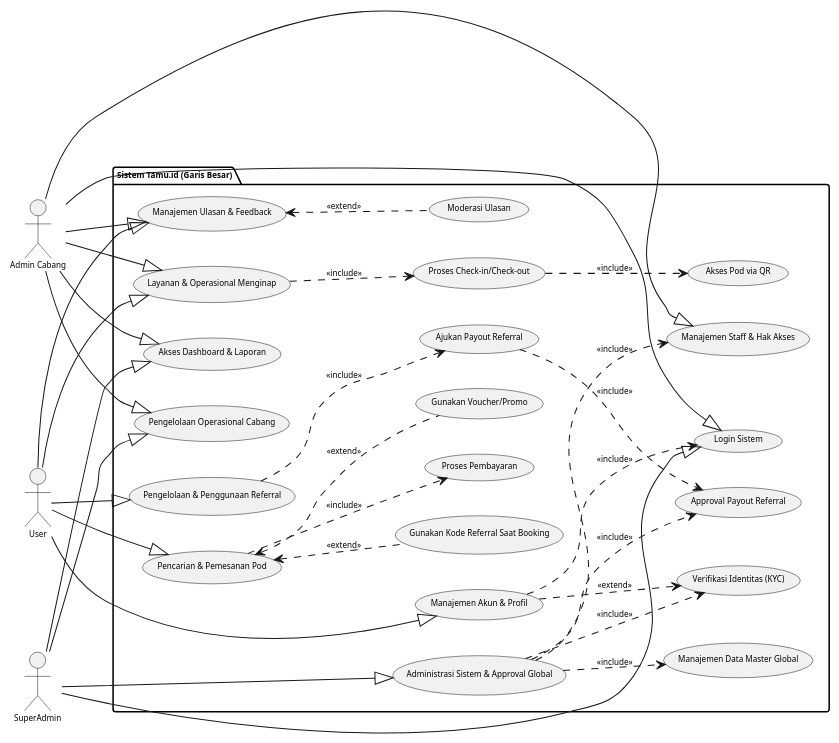
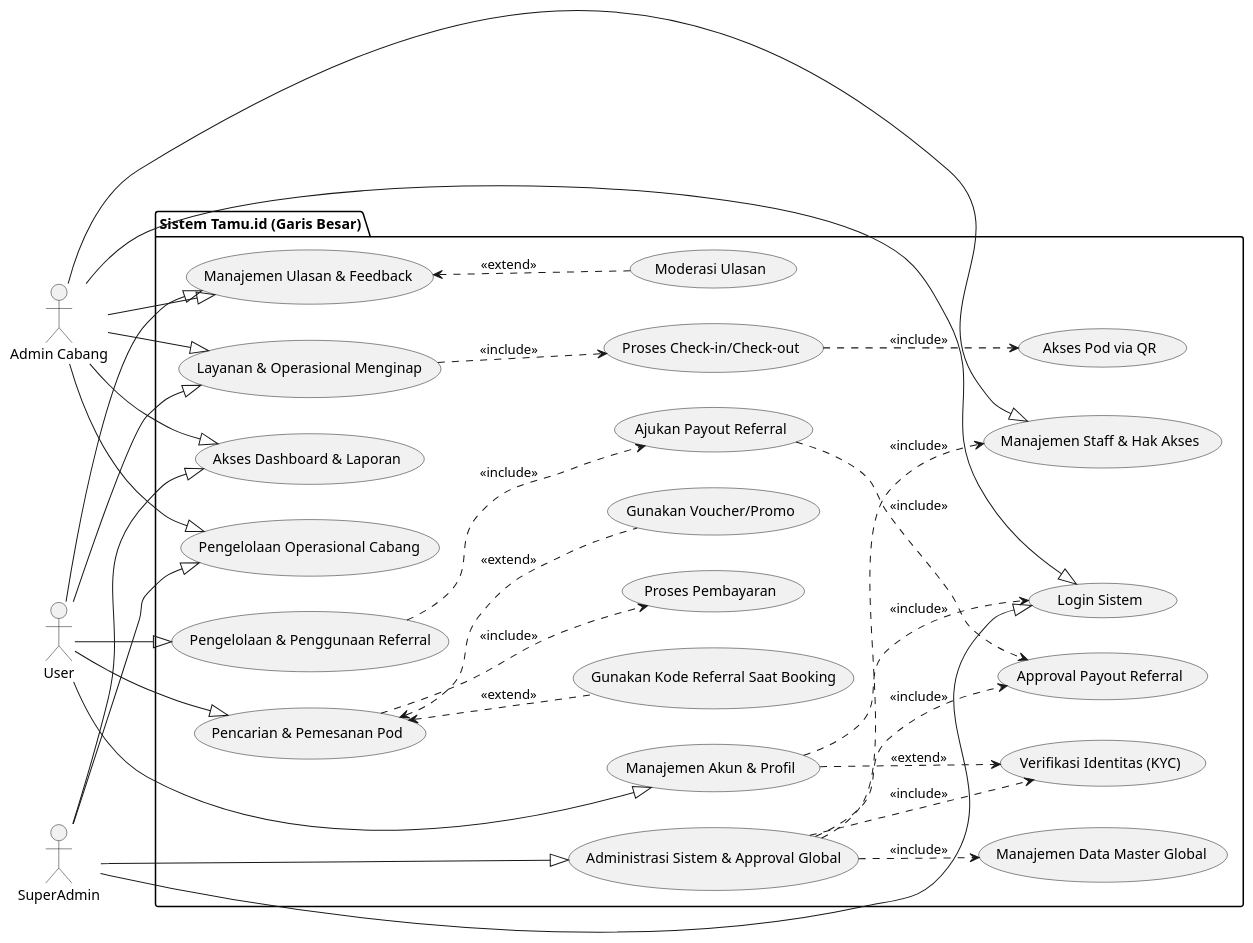
Before and after one commit to aliifam/final-project: the diagram in diagram/raw/ud/global.plantuml, drawn with PlantUML. The commit also changed 3 other files, not shown here.

```diff
--- a/diagram/raw/ud/global.plantuml
+++ b/diagram/raw/ud/global.plantuml
@@ -1,74 +1,74 @@
 @startuml
 left to right direction
 
-skinparam defaultFontSize 8 
-skinparam actorFontSize 8
-skinparam usecaseFontSize 8
+' skinparam defaultFontSize 8 
+' skinparam actorFontSize 8
+' skinparam usecaseFontSize 8
 
 actor "User" as Pengguna
 actor "Admin Cabang" as AdminCabang
 actor "SuperAdmin" as SuperAdmin
 
 package "Sistem Tamu.id (Garis Besar)" {
   ' Use Case Inti / Pendukung
   usecase UC_Login as "Login Sistem"
   usecase UC_Pembayaran as "Proses Pembayaran"
   usecase UC_VerifikasiKYC as "Verifikasi Identitas (KYC)"
   usecase UC_ApprovalPayout as "Approval Payout Referral"
 
   ' Use Case Utama
   usecase UC1 as "Manajemen Akun & Profil"
   usecase UC2 as "Pencarian & Pemesanan Pod"
   usecase UC3 as "Layanan & Operasional Menginap"
   usecase UC4 as "Pengelolaan Operasional Cabang"
   usecase UC5 as "Administrasi Sistem & Approval Global"
   usecase UC6 as "Pengelolaan & Penggunaan Referral"
   usecase UC7 as "Manajemen Ulasan & Feedback"
   usecase UC8 as "Akses Dashboard & Laporan"
 
   ' Relasi untuk Manajemen Akun & Profil (UC1)
   UC1 ..> UC_Login : <<include>>
   UC1 ..> UC_VerifikasiKYC : <<extend>> 
 
   ' Relasi untuk Pencarian & Pemesanan Pod (UC2)
   UC2 ..> UC_Pembayaran : <<include>>
   UC2 <.. (Gunakan Voucher/Promo) : <<extend>>
   UC2 <.. (Gunakan Kode Referral Saat Booking) : <<extend>>
 
   ' Relasi untuk Layanan & Operasional Menginap (UC3)
   UC3 ..> (Proses Check-in/Check-out) : <<include>>
   (Proses Check-in/Check-out) ..> (Akses Pod via QR) : <<include>>
 
   ' Relasi untuk Administrasi Sistem & Approval Global (UC5)
   UC5 ..> UC_VerifikasiKYC : <<include>> 
   UC5 ..> UC_ApprovalPayout : <<include>>
   UC5 ..> (Manajemen Staff & Hak Akses) : <<include>>
   UC5 ..> (Manajemen Data Master Global) : <<include>>
 
   ' Relasi untuk Pengelolaan & Penggunaan Referral (UC6)
   UC6 ..> (Ajukan Payout Referral) : <<include>>
   (Ajukan Payout Referral) ..> UC_ApprovalPayout : <<include>> 
 
   ' Relasi untuk Manajemen Ulasan & Notifikasi (UC7)
   UC7 <.. (Moderasi Ulasan) : <<extend>> 
 
 }
 Pengguna --|> UC1
 Pengguna --|> UC2
 Pengguna --|> UC3
 Pengguna --|> UC6
 Pengguna --|> UC7
 
 AdminCabang --|> UC_Login
 AdminCabang --|> UC3 
 AdminCabang --|> UC4
 AdminCabang --|> UC7 
 AdminCabang --|> UC8
 AdminCabang --|> (Manajemen Staff & Hak Akses) 
 
 SuperAdmin --|> UC_Login
 SuperAdmin --|> UC4
 SuperAdmin --|> UC5
 SuperAdmin --|> UC8
 
 @enduml
```
